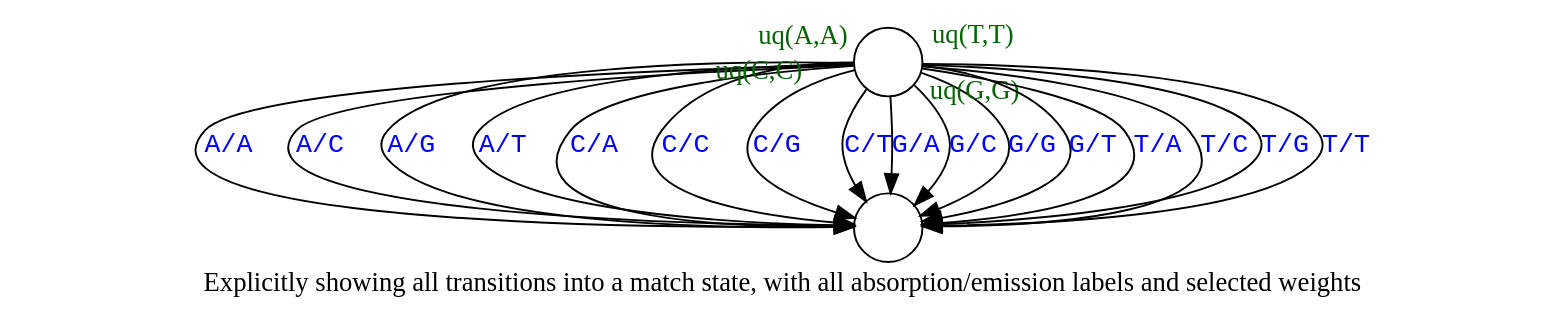
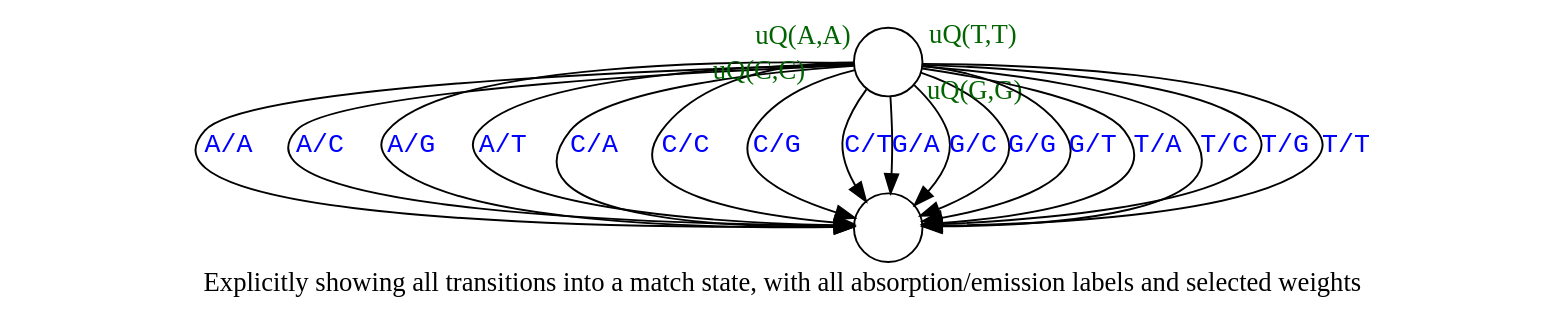
Before and after one commit to ihh/transducer-tutorial: the diagram in fanned-match.dot, drawn with Graphviz. The commit also changed 6 other files, not shown here.

```diff
--- a/fanned-match.dot
+++ b/fanned-match.dot
@@ -1,28 +1,28 @@
 digraph G {
 
     W [label="", shape=circle, ordering="out"];
 
     M [label="", shape=circle];
 
-W->M [label="A/A" taillabel="uq(A,A)" labelangle=330 labeldistance=3 fontcolor="blue" labelfontcolor="black" fontname="Courier" labelfontname="Times" labelfontcolor="darkgreen"];
+W->M [label="A/A" taillabel="uQ(A,A)" labelangle=330 labeldistance=3 fontcolor="blue" labelfontcolor="black" fontname="Courier" labelfontname="Times" labelfontcolor="darkgreen"];
 W->M [label="A/C" fontcolor="blue" fontname="Courier"];
 W->M [label="A/G" fontcolor="blue" fontname="Courier"];
 W->M [label="A/T" fontcolor="blue" fontname="Courier"];
 
 W->M [label="C/A" fontcolor="blue" fontname="Courier"];
-W->M [label="C/C" taillabel="uq(C,C)" labelangle=5 labeldistance=5 fontcolor="blue" labelfontcolor="black" fontname="Courier" labelfontname="Times" labelfontcolor="darkgreen"];
+W->M [label="C/C" taillabel="uQ(C,C)" labelangle=5 labeldistance=5 fontcolor="blue" labelfontcolor="black" fontname="Courier" labelfontname="Times" labelfontcolor="darkgreen"];
 W->M [label="C/G" fontcolor="blue" fontname="Courier"];
 W->M [label="C/T" fontcolor="blue" fontname="Courier"];
 
 W->M [label="G/A" fontcolor="blue" fontname="Courier"];
 W->M [label="G/C" fontcolor="blue" fontname="Courier"];
-W->M [label="G/G" taillabel="uq(G,G)" labelangle=0 labeldistance=3 fontcolor="blue" labelfontcolor="black" fontname="Courier" labelfontname="Times" labelfontcolor="darkgreen"];
+W->M [label="G/G" taillabel="uQ(G,G)" labelangle=0 labeldistance=3 fontcolor="blue" labelfontcolor="black" fontname="Courier" labelfontname="Times" labelfontcolor="darkgreen"];
 W->M [label="G/T" fontcolor="blue" fontname="Courier"];
 
 W->M [label="T/A" fontcolor="blue" fontname="Courier"];
 W->M [label="T/C" fontcolor="blue" fontname="Courier"];
 W->M [label="T/G" fontcolor="blue" fontname="Courier"];
-W->M [label="T/T" taillabel="uq(T,T)" labelangle=30 labeldistance=3 fontcolor="blue" labelfontcolor="black" fontname="Courier" labelfontname="Times" labelfontcolor="darkgreen"];
+W->M [label="T/T" taillabel="uQ(T,T)" labelangle=30 labeldistance=3 fontcolor="blue" labelfontcolor="black" fontname="Courier" labelfontname="Times" labelfontcolor="darkgreen"];
 
     label="Explicitly showing all transitions into a match state, with all absorption/emission labels and selected weights";
 }
```
